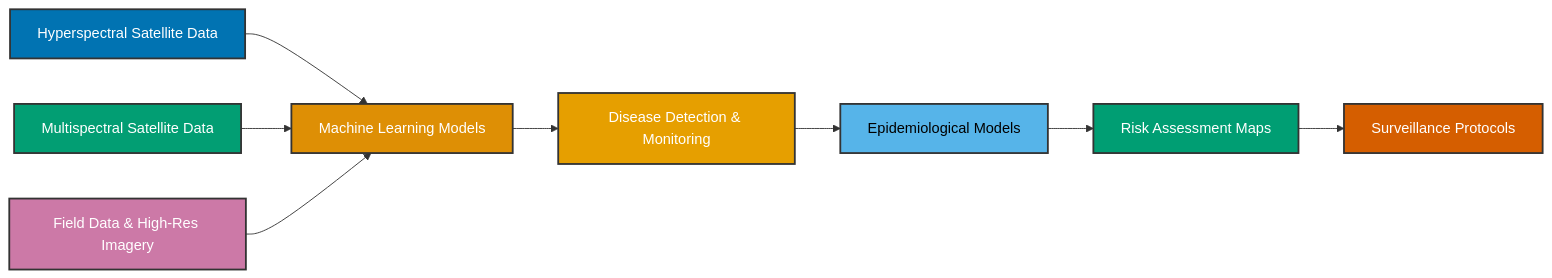
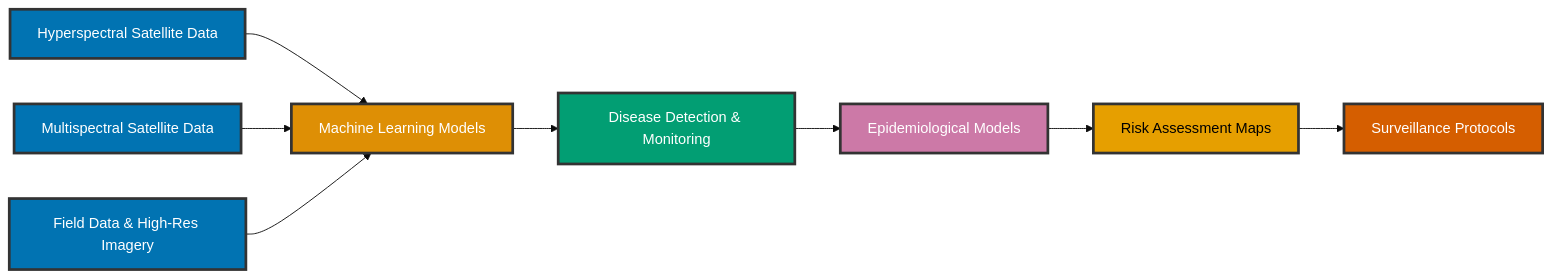
The diagram in README.md (rcalderonmadrid/rcalderonmadrid), drawn with Mermaid before and after one commit.

````diff
--- a/README.md
+++ b/README.md
@@ -190,19 +190,20 @@
 ```mermaid
+%%{init: {'theme':'base', 'themeVariables': { 'fontSize':'18px'}}}%%
 graph LR
     A[Hyperspectral Satellite Data] --> D[Machine Learning Models]
     B[Multispectral Satellite Data] --> D
     C[Field Data & High-Res Imagery] --> D
     D --> E[Disease Detection & Monitoring]
     E --> F[Epidemiological Models]
     F --> G[Risk Assessment Maps]
     G --> H[Surveillance Protocols]
     
-    style A fill:#0173B2,stroke:#333,stroke-width:2px,color:#fff
-    style B fill:#029E73,stroke:#333,stroke-width:2px,color:#fff
-    style C fill:#CC79A7,stroke:#333,stroke-width:2px,color:#fff
-    style D fill:#DE8F05,stroke:#333,stroke-width:2px,color:#fff
-    style E fill:#E69F00,stroke:#333,stroke-width:2px,color:#fff
-    style F fill:#56B4E9,stroke:#333,stroke-width:2px,color:#000
-    style G fill:#009E73,stroke:#333,stroke-width:2px,color:#fff
-    style H fill:#D55E00,stroke:#333,stroke-width:2px,color:#fff
+    style A fill:#0173B2,stroke:#333,stroke-width:3px,color:#fff,font-size:16px
+    style B fill:#0173B2,stroke:#333,stroke-width:3px,color:#fff,font-size:16px
+    style C fill:#0173B2,stroke:#333,stroke-width:3px,color:#fff,font-size:16px
+    style D fill:#DE8F05,stroke:#333,stroke-width:3px,color:#fff,font-size:16px
+    style E fill:#029E73,stroke:#333,stroke-width:3px,color:#fff,font-size:16px
+    style F fill:#CC79A7,stroke:#333,stroke-width:3px,color:#fff,font-size:16px
+    style G fill:#E69F00,stroke:#333,stroke-width:3px,color:#000,font-size:16px
+    style H fill:#D55E00,stroke:#333,stroke-width:3px,color:#fff,font-size:16px
 ```
````
